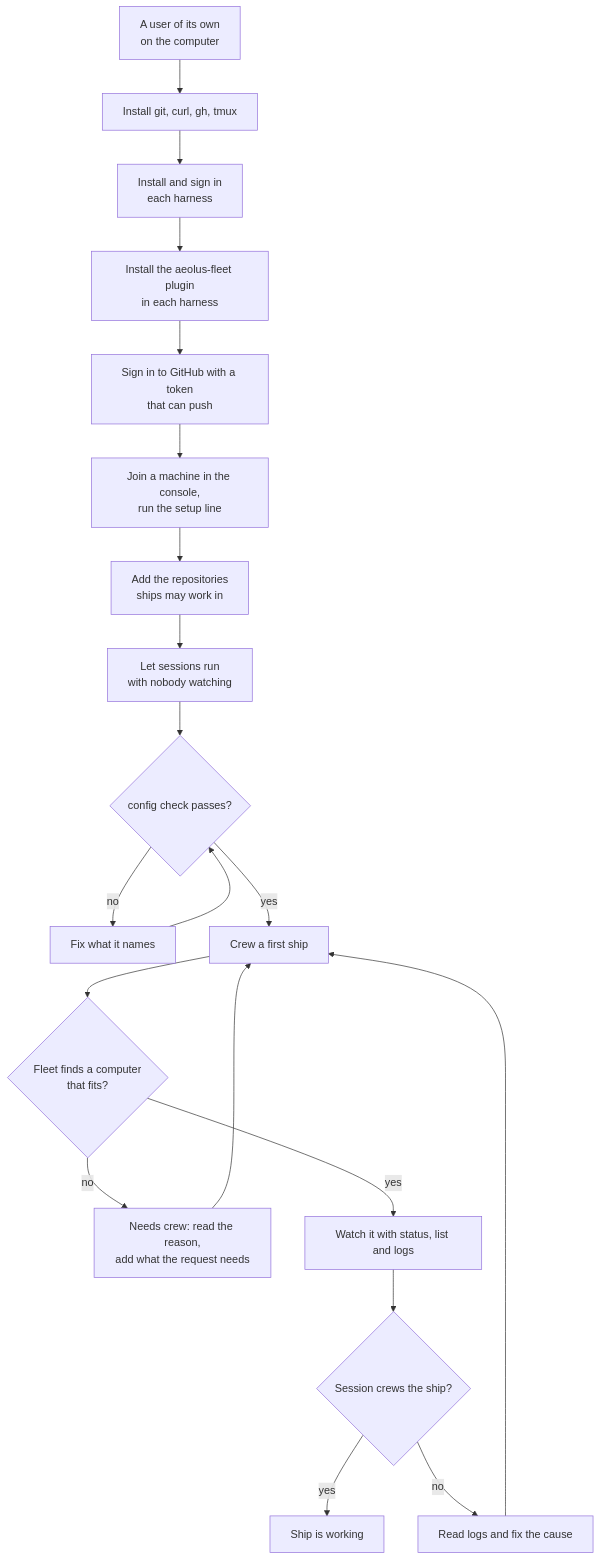
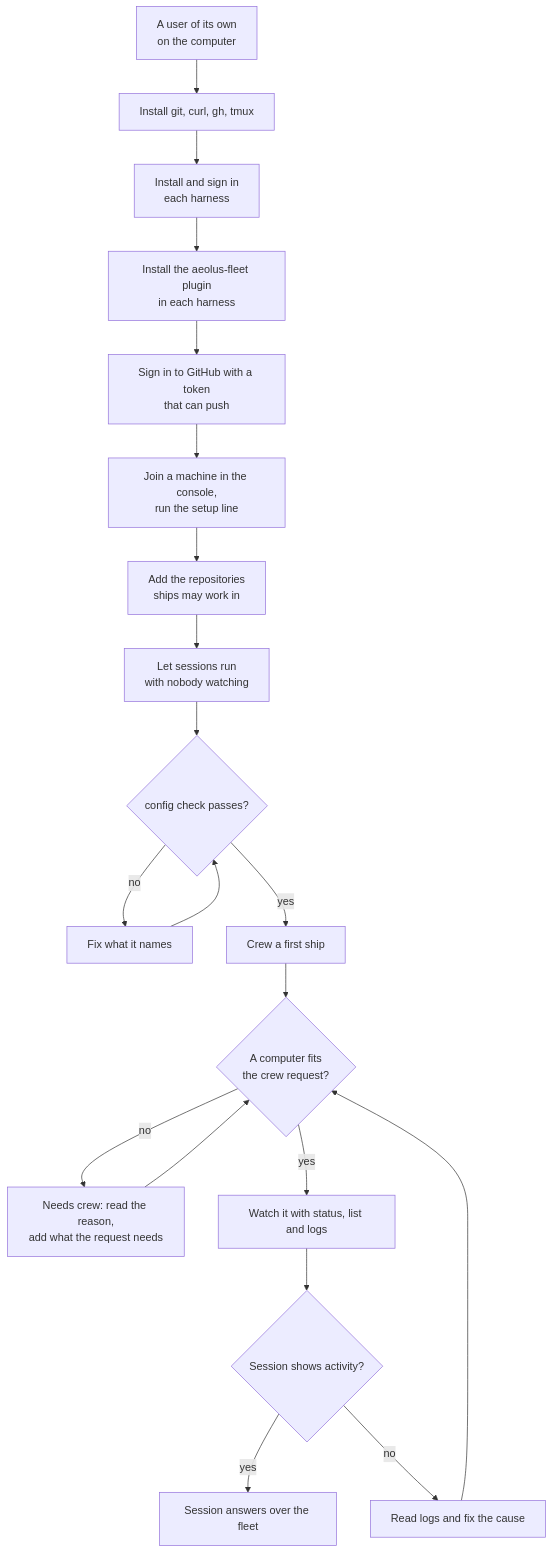
The second of 4 diagrams in docs/guide/setup.md (ThomasHendrickx/aeolus-fleet-trierarch), drawn with Mermaid before and after one commit. The commit also changed other lines of this file and 1 other file, not shown here.

Commit message:
Clarify crewing paths in diagrams

````diff
--- a/docs/guide/setup.md
+++ b/docs/guide/setup.md
@@ -49,19 +49,19 @@
 ```mermaid
 flowchart TD
     user["A user of its own<br/>on the computer"] --> tools["Install git, curl, gh, tmux"]
     tools --> harnesses["Install and sign in<br/>each harness"]
     harnesses --> plugin["Install the aeolus-fleet plugin<br/>in each harness"]
     plugin --> github["Sign in to GitHub with a token<br/>that can push"]
     github --> join["Join a machine in the console,<br/>run the setup line"]
     join --> places["Add the repositories<br/>ships may work in"]
     places --> unattended["Let sessions run<br/>with nobody watching"]
     unattended --> check{"config check passes?"}
     check -->|no| fix["Fix what it names"] --> check
     check -->|yes| first["Crew a first ship"]
-    first --> placed{"Fleet finds a computer<br/>that fits?"}
-    placed -->|no| needs["Needs crew: read the reason,<br/>add what the request needs"] --> first
+    first --> placed{"A computer fits<br/>the crew request?"}
+    placed -->|no| needs["Needs crew: read the reason,<br/>add what the request needs"] --> placed
     placed -->|yes| watch["Watch it with status, list and logs"]
-    watch --> running{"Session crews the ship?"}
-    running -->|yes| done["Ship is working"]
-    running -->|no| logs["Read logs and fix the cause"] --> first
+    watch --> running{"Session shows activity?"}
+    running -->|yes| done["Session answers over the fleet"]
+    running -->|no| logs["Read logs and fix the cause"] --> placed
 ```
````
